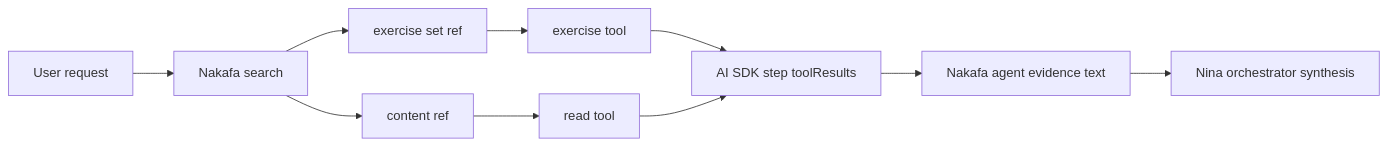
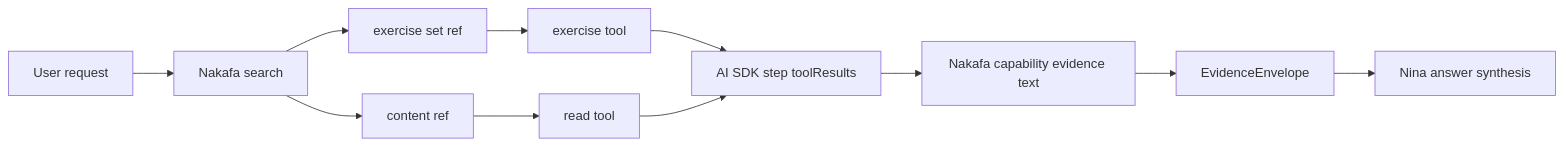
Before and after one commit to nakafaai/nakafa.com: the third of 3 diagrams in packages/ai/agents/docs/architecture.md, drawn with Mermaid. The commit also changed other lines of this file and 190 other files, not shown here.

````diff
--- a/packages/ai/agents/docs/architecture.md
+++ b/packages/ai/agents/docs/architecture.md
@@ -75,12 +78,13 @@
 ```mermaid
 flowchart LR
   User["User request"] --> Search["Nakafa search"]
   Search --> SetRef["exercise set ref"]
   Search --> ReadRef["content ref"]
   SetRef --> Exercise["exercise tool"]
   ReadRef --> Read["read tool"]
   Exercise --> StepResults["AI SDK step toolResults"]
   Read --> StepResults
-  StepResults --> Evidence["Nakafa agent evidence text"]
-  Evidence --> Orchestrator["Nina orchestrator synthesis"]
+  StepResults --> Evidence["Nakafa capability evidence text"]
+  Evidence --> Envelope["EvidenceEnvelope"]
+  Envelope --> Final["Nina answer synthesis"]
 ```
````
